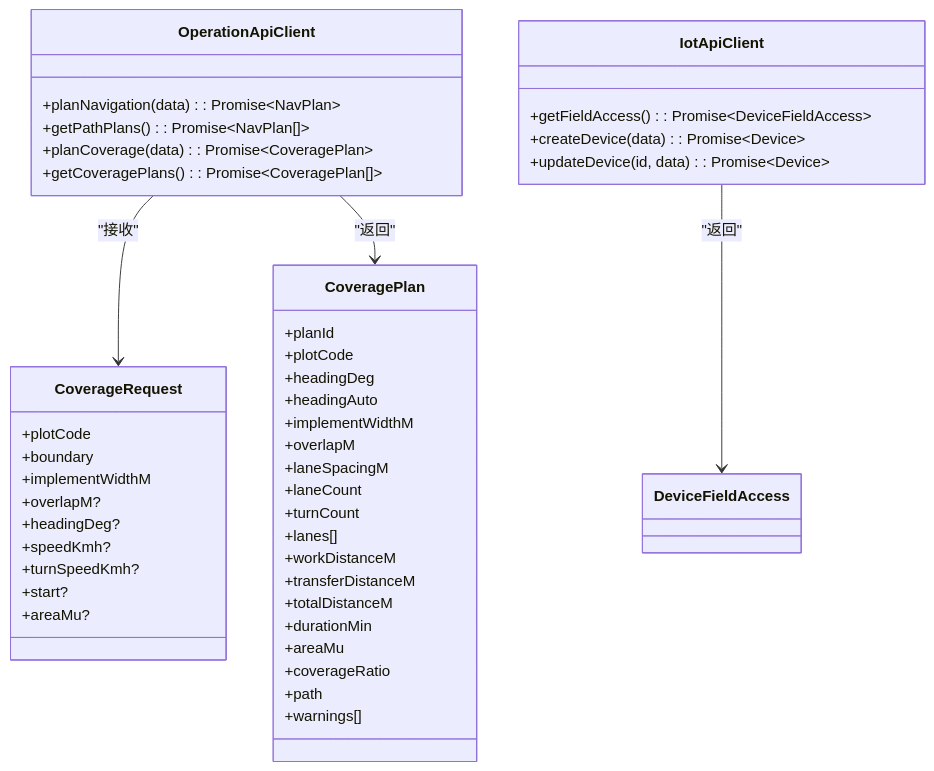
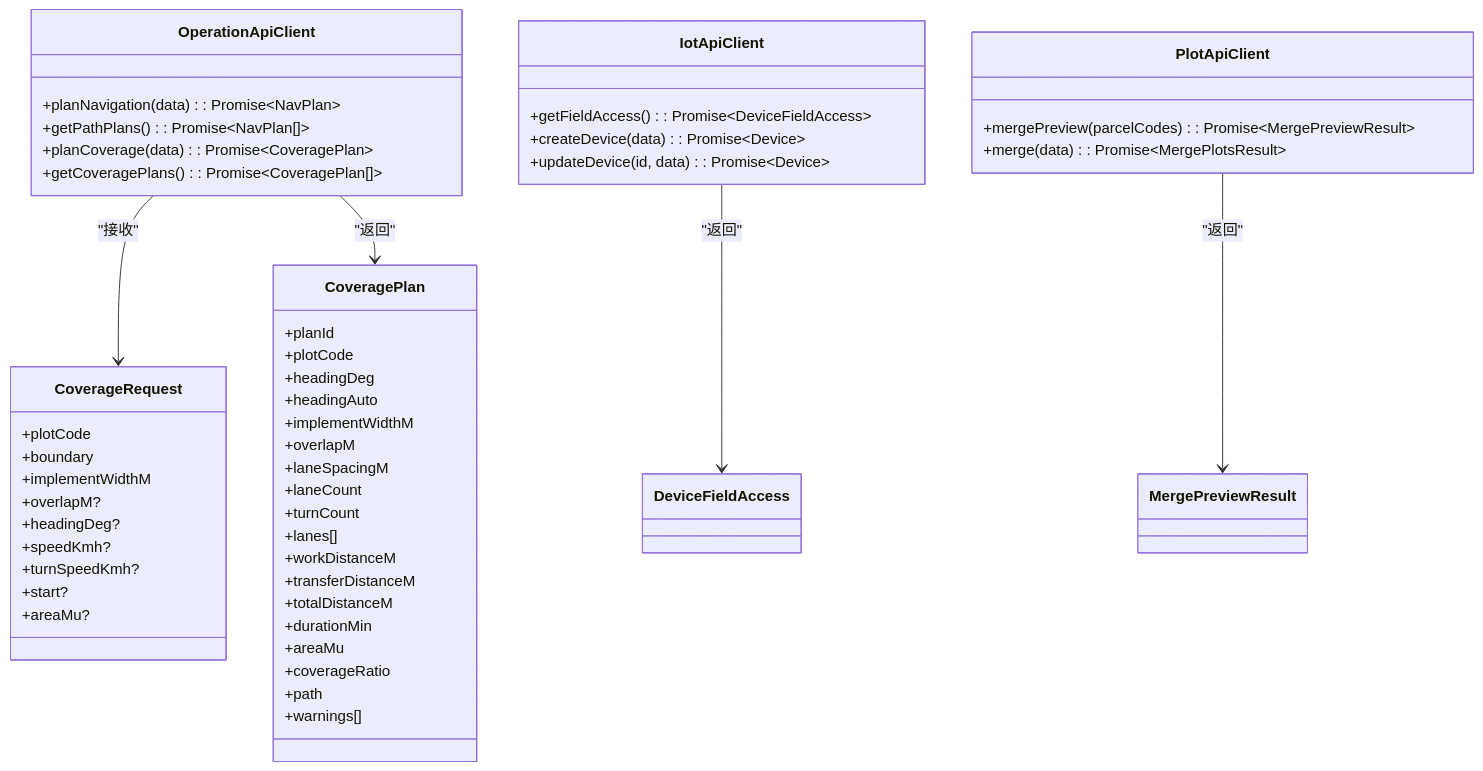
Before and after one commit to q446328246/agri-platform: the ninth of 21 diagrams in .qoder/repowiki/zh/content/前端应用文档/API集成.md, drawn with Mermaid. The commit also changed other lines of this file and 42 other files, not shown here.

````diff
--- a/.qoder/repowiki/zh/content/前端应用文档/API集成.md
+++ b/.qoder/repowiki/zh/content/前端应用文档/API集成.md
@@ -381,48 +376,53 @@
 ```mermaid
 classDiagram
 class OperationApiClient {
 +planNavigation(data) : Promise~NavPlan~
 +getPathPlans() : Promise~NavPlan[]~
 +planCoverage(data) : Promise~CoveragePlan~
 +getCoveragePlans() : Promise~CoveragePlan[]~
 }
 class IotApiClient {
 +getFieldAccess() : Promise~DeviceFieldAccess~
 +createDevice(data) : Promise~Device~
 +updateDevice(id, data) : Promise~Device~
+}
+class PlotApiClient {
++mergePreview(parcelCodes) : Promise~MergePreviewResult~
++merge(data) : Promise~MergePlotsResult~
 }
 class CoverageRequest {
 +plotCode
 +boundary
 +implementWidthM
 +overlapM?
 +headingDeg?
 +speedKmh?
 +turnSpeedKmh?
 +start?
 +areaMu?
 }
 class CoveragePlan {
 +planId
 +plotCode
 +headingDeg
 +headingAuto
 +implementWidthM
 +overlapM
 +laneSpacingM
 +laneCount
 +turnCount
 +lanes[]
 +workDistanceM
 +transferDistanceM
 +totalDistanceM
 +durationMin
 +areaMu
 +coverageRatio
 +path
 +warnings[]
 }
 OperationApiClient --> CoverageRequest : "接收"
 OperationApiClient --> CoveragePlan : "返回"
 IotApiClient --> DeviceFieldAccess : "返回"
+PlotApiClient --> MergePreviewResult : "返回"
 ```
````
